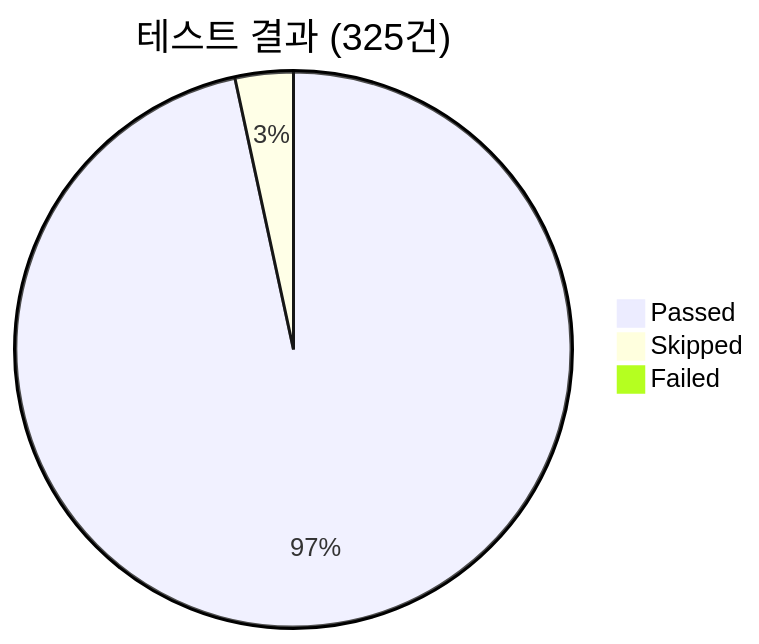
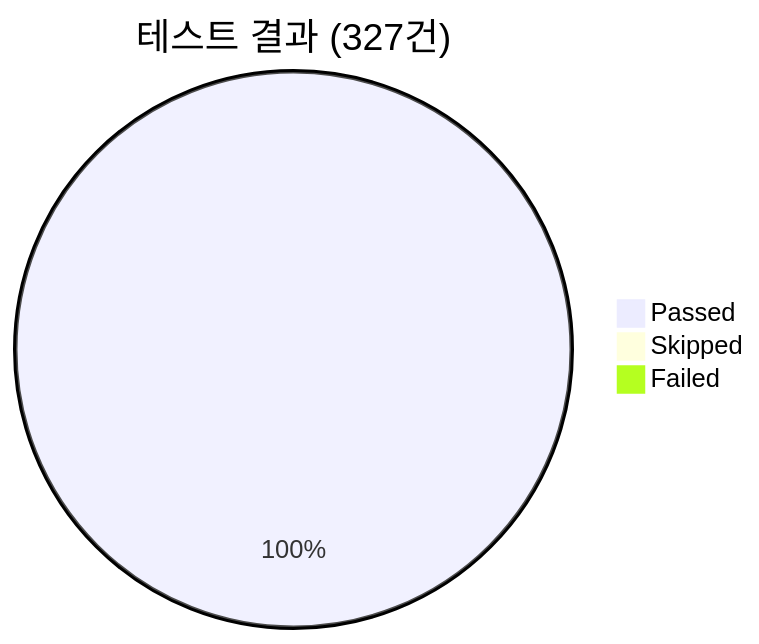
Diagram 22 of 29 in README.md (sun475300-sudo/Swarm-control-in-sc2bot), drawn with Mermaid before and after one commit. The commit also changed other lines of this file and 1 other file, not shown here.

````diff
--- a/README.md
+++ b/README.md
@@ -613,6 +612,6 @@
 ```mermaid
-pie title 테스트 결과 (325건)
-    "Passed" : 314
-    "Skipped" : 11
+pie title 테스트 결과 (327건)
+    "Passed" : 327
+    "Skipped" : 0
     "Failed" : 0
 ```
````
